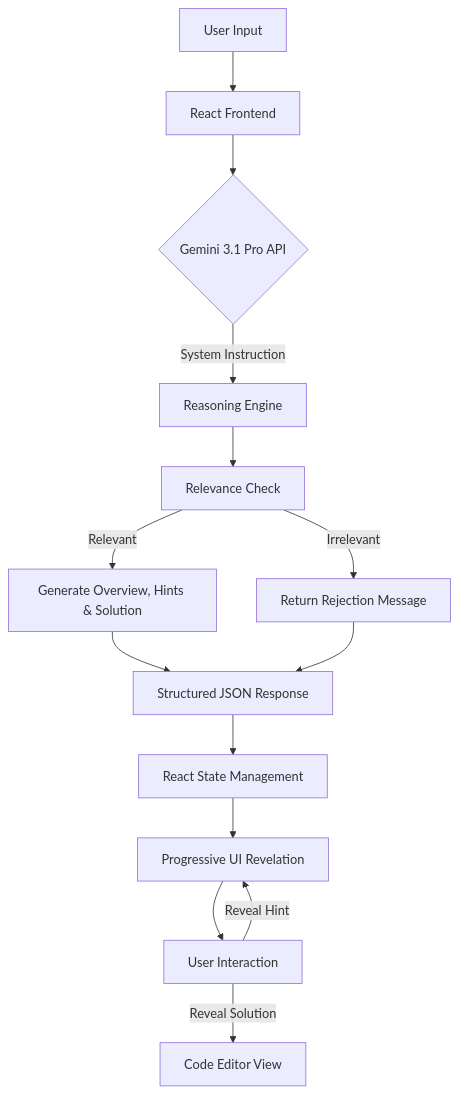
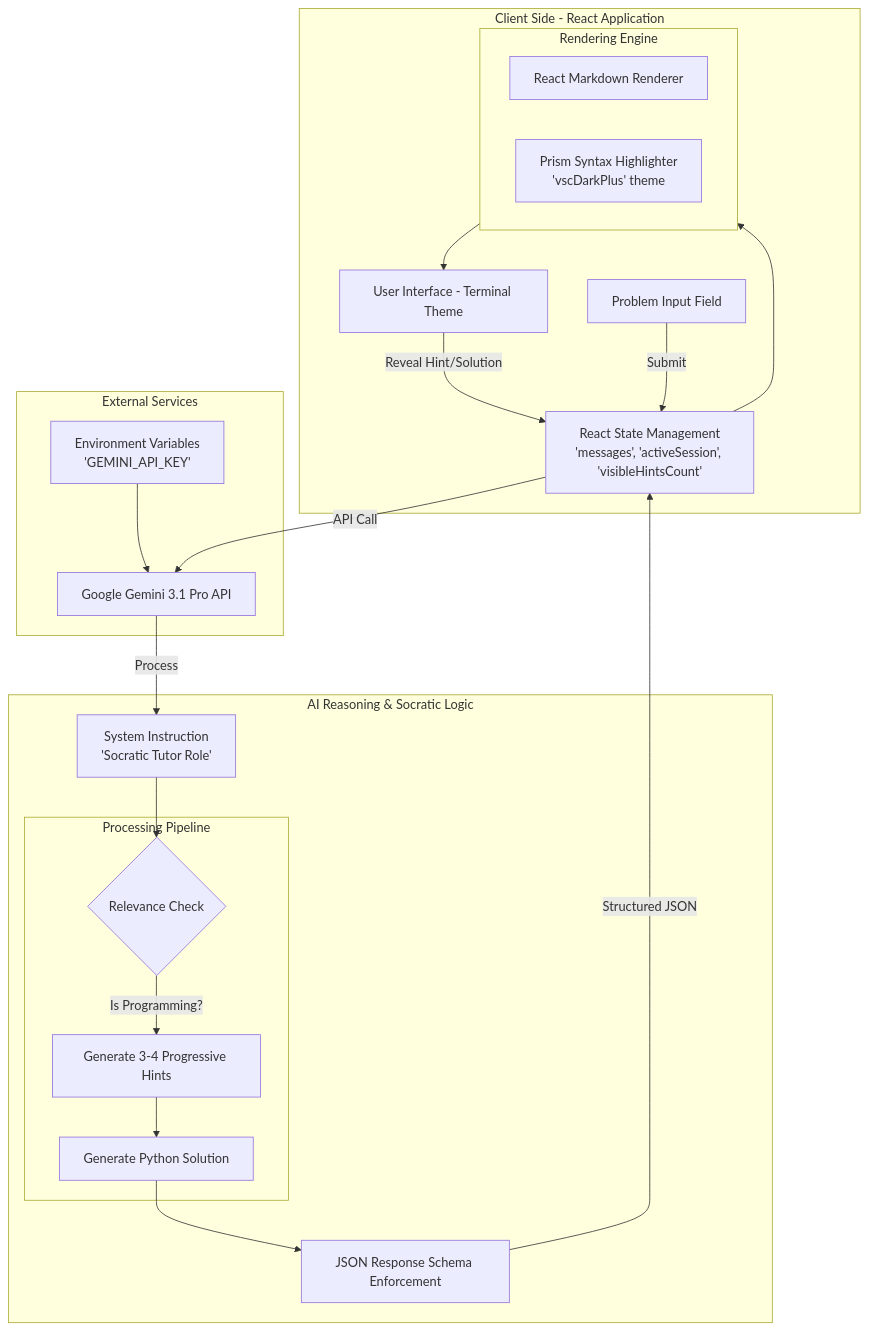
One commit to MTE1991/HintFlow changed the diagram in README.md. Above: the diagram before and after it, drawn with Mermaid.

Commit message:
feat: Update README with detailed system architecture diagram
Replaces the simplistic architecture graph with a more comprehensive Mermaid diagram. This new diagram clearly delineates client-side components, external API services, and the AI reasoning logic, including the processing pipeline and data flow. It also highlights specific technologies and states managed within the application.

````diff
--- a/README.md
+++ b/README.md
@@ -78,16 +78,42 @@
 ```mermaid
-graph TD
-    A[User Input] --> B[React Frontend]
-    B --> C{Gemini 3.1 Pro API}
-    C -->|System Instruction| D[Reasoning Engine]
-    D --> E[Relevance Check]
-    E -->|Relevant| F[Generate Overview, Hints & Solution]
-    E -->|Irrelevant| G[Return Rejection Message]
-    F --> H[Structured JSON Response]
-    G --> H
-    H --> I[React State Management]
-    I --> J[Progressive UI Revelation]
-    J --> K[User Interaction]
-    K -->|Reveal Hint| J
-    K -->|Reveal Solution| L[Code Editor View]
+graph TB
+    subgraph Client [Client Side - React Application]
+        UI[User Interface - Terminal Theme]
+        Input[Problem Input Field]
+        State[React State Management<br/>'messages', 'activeSession', 'visibleHintsCount']
+        
+        subgraph Rendering [Rendering Engine]
+            Markdown[React Markdown Renderer]
+            Syntax[Prism Syntax Highlighter<br/>'vscDarkPlus' theme]
+        end
+    end
+
+    subgraph API [External Services]
+        Gemini[Google Gemini 3.1 Pro API]
+        Env[Environment Variables<br/>'GEMINI_API_KEY']
+    end
+
+    subgraph Logic [AI Reasoning & Socratic Logic]
+        SysInst[System Instruction<br/>'Socratic Tutor Role']
+        Schema[JSON Response Schema Enforcement]
+        
+        subgraph Pipeline [Processing Pipeline]
+            RelCheck{Relevance Check}
+            GenHints[Generate 3-4 Progressive Hints]
+            GenSol[Generate Python Solution]
+        end
+    end
+
+    Input -->|Submit| State
+    State -->|API Call| Gemini
+    Env --> Gemini
+    Gemini -->|Process| SysInst
+    SysInst --> RelCheck
+    RelCheck -->|Is Programming?| GenHints
+    GenHints --> GenSol
+    GenSol --> Schema
+    Schema -->|Structured JSON| State
+    State --> Rendering
+    Rendering --> UI
+    UI -->|Reveal Hint/Solution| State
 ```
````
